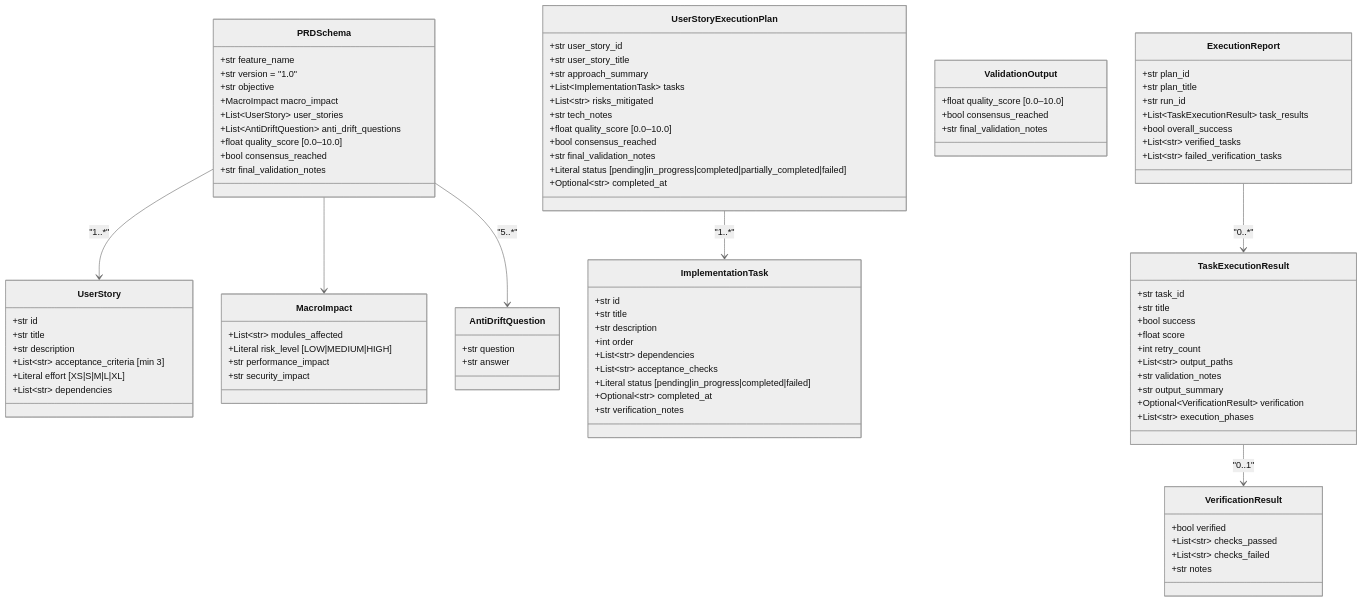
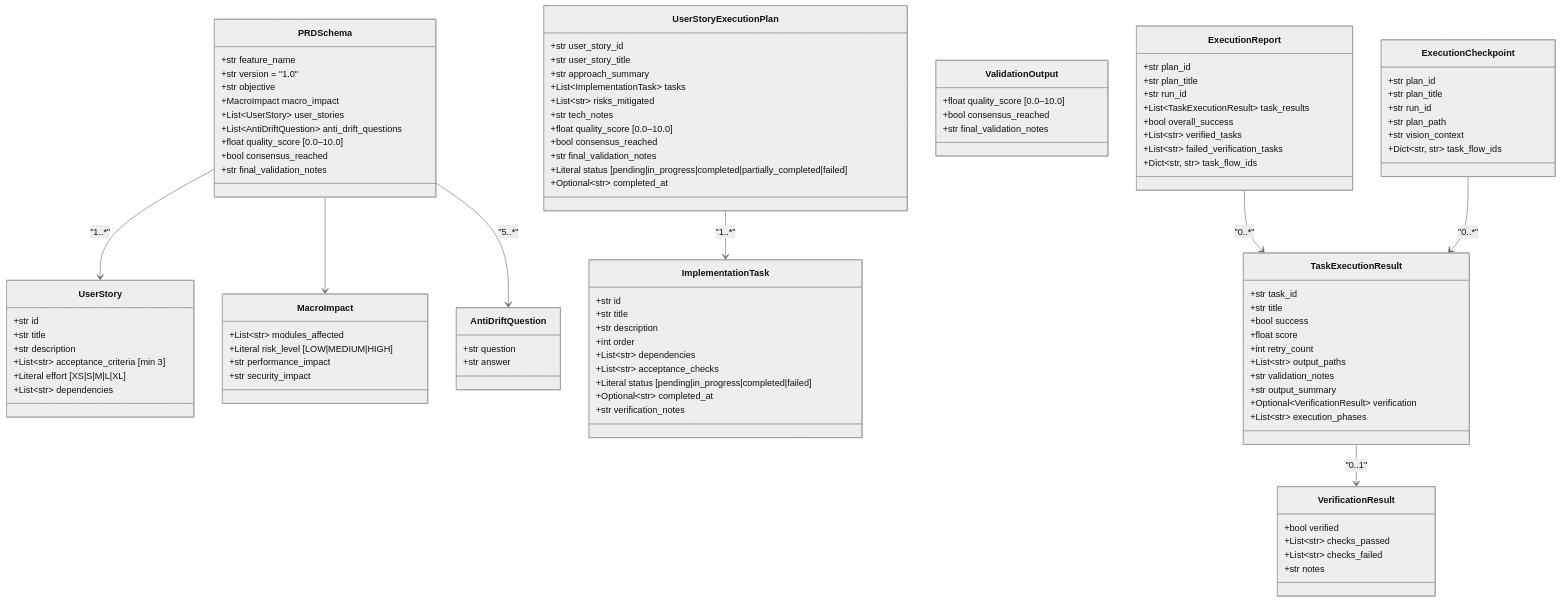
The first of 4 diagrams in docs/schemas.md (darthlinuxer/dialectic-crew-ai), drawn with Mermaid (neutral theme) before and after one commit. The commit also changed other lines of this file and 31 other files, not shown here.

````diff
--- a/docs/schemas.md
+++ b/docs/schemas.md
@@ -101,6 +101,16 @@
         +bool overall_success
         +List~str~ verified_tasks
         +List~str~ failed_verification_tasks
+        +Dict~str, str~ task_flow_ids
+    }
+
+    class ExecutionCheckpoint {
+        +str plan_id
+        +str plan_title
+        +str run_id
+        +str plan_path
+        +str vision_context
+        +Dict~str, str~ task_flow_ids
     }
 
     PRDSchema --> MacroImpact
@@ -109,4 +119,5 @@
     UserStoryExecutionPlan --> ImplementationTask : "1..*"
     TaskExecutionResult --> VerificationResult : "0..1"
     ExecutionReport --> TaskExecutionResult : "0..*"
+    ExecutionCheckpoint --> TaskExecutionResult : "0..*"
 ```
````
